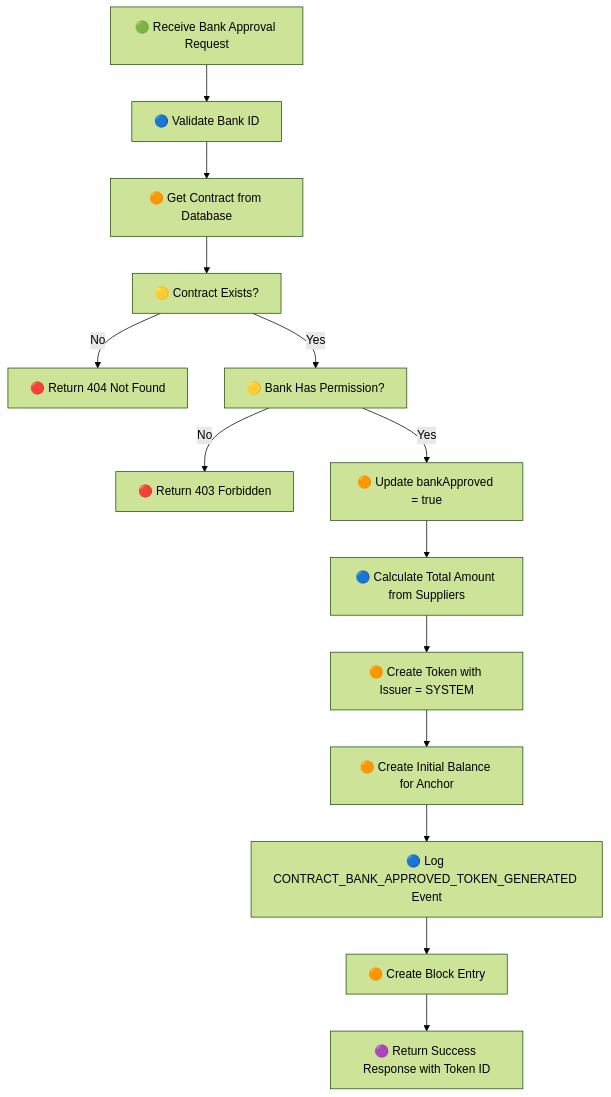
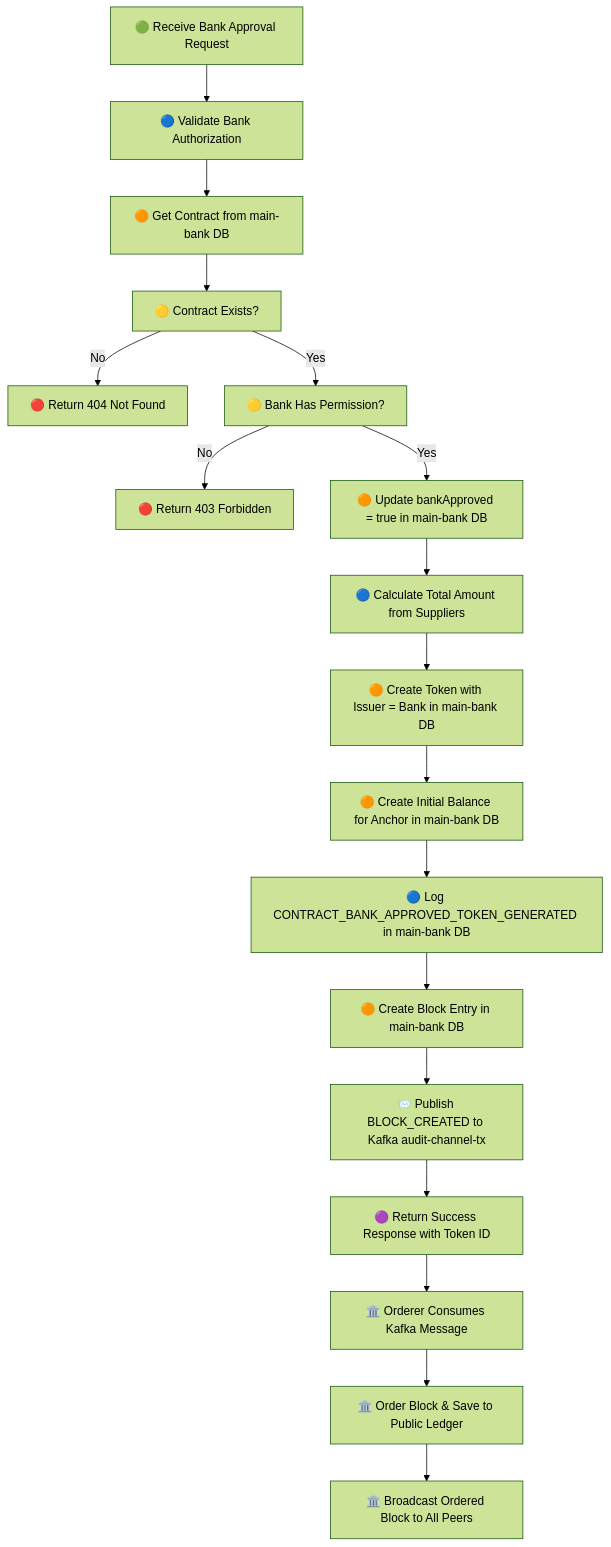
One commit to trunghc97/blockchain changed the second of 19 diagrams in API_Flow_Diagrams.md. Above: the diagram before and after it, drawn with Mermaid (forest theme). The commit also changed other lines of this file and 4 other files, not shown here.

````diff
--- a/API_Flow_Diagrams.md
+++ b/API_Flow_Diagrams.md
@@ -32,16 +54,21 @@
 ```mermaid
 flowchart TD
-    A[🟢 Receive Bank Approval Request] --> B[🔵 Validate Bank ID]
-    B --> C[🟠 Get Contract from Database]
+    A[🟢 Receive Bank Approval Request] --> B[🔵 Validate Bank Authorization]
+    B --> C[🟠 Get Contract from main-bank DB]
     C --> D[🟡 Contract Exists?]
     D -->|No| E[🔴 Return 404 Not Found]
     D -->|Yes| F[🟡 Bank Has Permission?]
     F -->|No| G[🔴 Return 403 Forbidden]
-    F -->|Yes| H[🟠 Update bankApproved = true]
+    F -->|Yes| H[🟠 Update bankApproved = true in main-bank DB]
     H --> I[🔵 Calculate Total Amount from Suppliers]
-    I --> J[🟠 Create Token with Issuer = SYSTEM]
-    J --> K[🟠 Create Initial Balance for Anchor]
-    K --> L[🔵 Log CONTRACT_BANK_APPROVED_TOKEN_GENERATED Event]
-    L --> M[🟠 Create Block Entry]
-    M --> N[🟣 Return Success Response with Token ID]
+    I --> J[🟠 Create Token with Issuer = Bank in main-bank DB]
+    J --> K[🟠 Create Initial Balance for Anchor in main-bank DB]
+    K --> L[🔵 Log CONTRACT_BANK_APPROVED_TOKEN_GENERATED in main-bank DB]
+    L --> M[🟠 Create Block Entry in main-bank DB]
+    M --> N[📨 Publish BLOCK_CREATED to Kafka audit-channel-tx]
+    N --> O[🟣 Return Success Response with Token ID]
+
+    O --> P[🏛️ Orderer Consumes Kafka Message]
+    P --> Q[🏛️ Order Block & Save to Public Ledger]
+    Q --> R[🏛️ Broadcast Ordered Block to All Peers]
 ```
````
